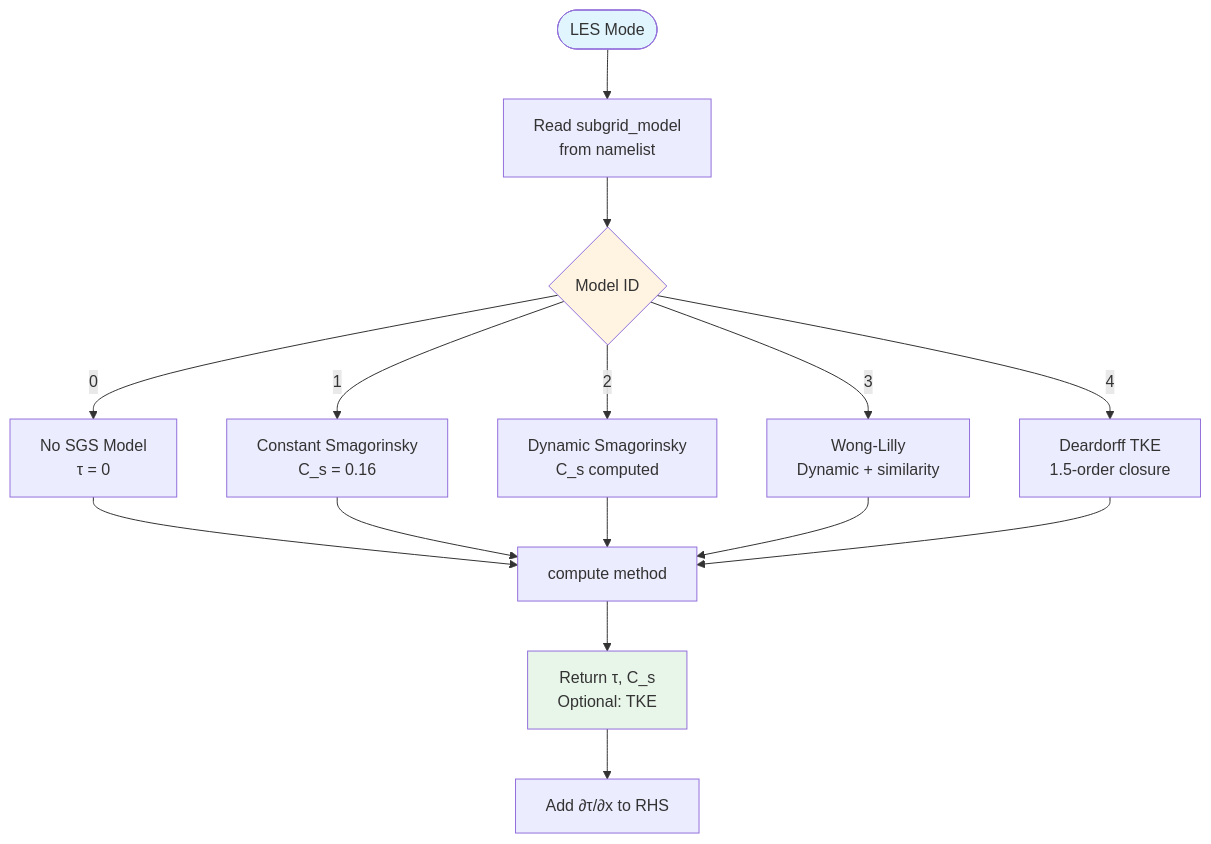
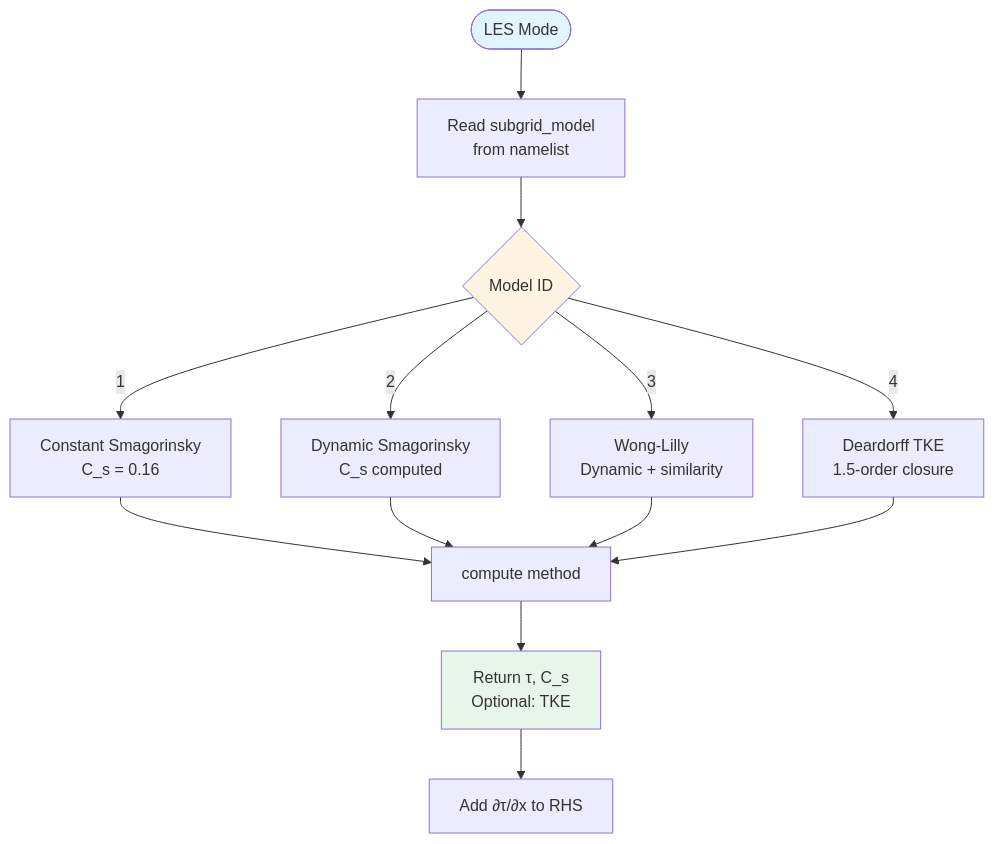
One commit to jeremygibbs/pyburgers changed the seventh of 7 diagrams in docs/architecture.md. Above: the diagram before and after it, drawn with Mermaid. The commit also changed other lines of this file and 12 other files, not shown here.

````diff
--- a/docs/architecture.md
+++ b/docs/architecture.md
@@ -345,24 +345,22 @@
 ```mermaid
 flowchart TD
     Start([LES Mode]) --> ReadConfig[Read subgrid_model<br/>from namelist]
     ReadConfig --> Factory{Model ID}
 
-    Factory -->|0| NoModel[No SGS Model<br/>τ = 0]
     Factory -->|1| SmagC[Constant Smagorinsky<br/>C_s = 0.16]
     Factory -->|2| SmagD[Dynamic Smagorinsky<br/>C_s computed]
     Factory -->|3| WongL[Wong-Lilly<br/>Dynamic + similarity]
     Factory -->|4| Dear[Deardorff TKE<br/>1.5-order closure]
 
-    NoModel --> Compute[compute method]
-    SmagC --> Compute
+    SmagC --> Compute[compute method]
     SmagD --> Compute
     WongL --> Compute
     Dear --> Compute
 
     Compute --> Return[Return τ, C_s<br/>Optional: TKE]
     Return --> RHS[Add ∂τ/∂x to RHS]
 
     style Start fill:#e1f5ff
     style Factory fill:#fff4e1
     style Return fill:#e8f5e9
 ```
````
